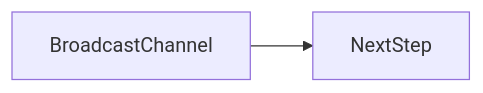
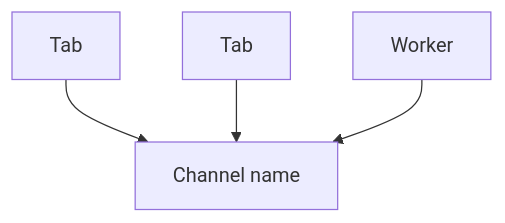
The second of 2 diagrams in docs/en/09-browser-apis/broadcast-channel/index.md (OmidJavaherii/Frontend-Engineering-Handbook), drawn with Mermaid before and after one commit. The commit also changed other lines of this file and 461 other files, not shown here.

````diff
--- a/docs/en/09-browser-apis/broadcast-channel/index.md
+++ b/docs/en/09-browser-apis/broadcast-channel/index.md
@@ -94,4 +110,6 @@
 ```mermaid
-flowchart LR
-  concept[BroadcastChannel] --> nextStep[NextStep]
+flowchart TD
+  T1[Tab] --> BC[Channel name]
+  T2[Tab] --> BC
+  W[Worker] --> BC
 ```
````
